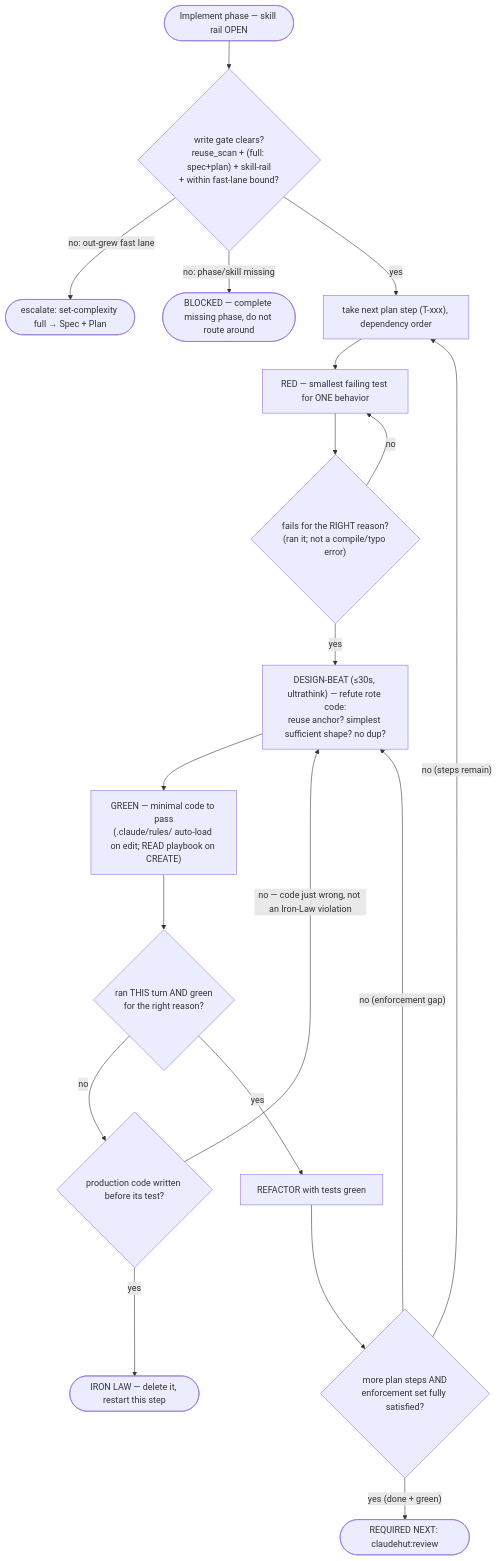
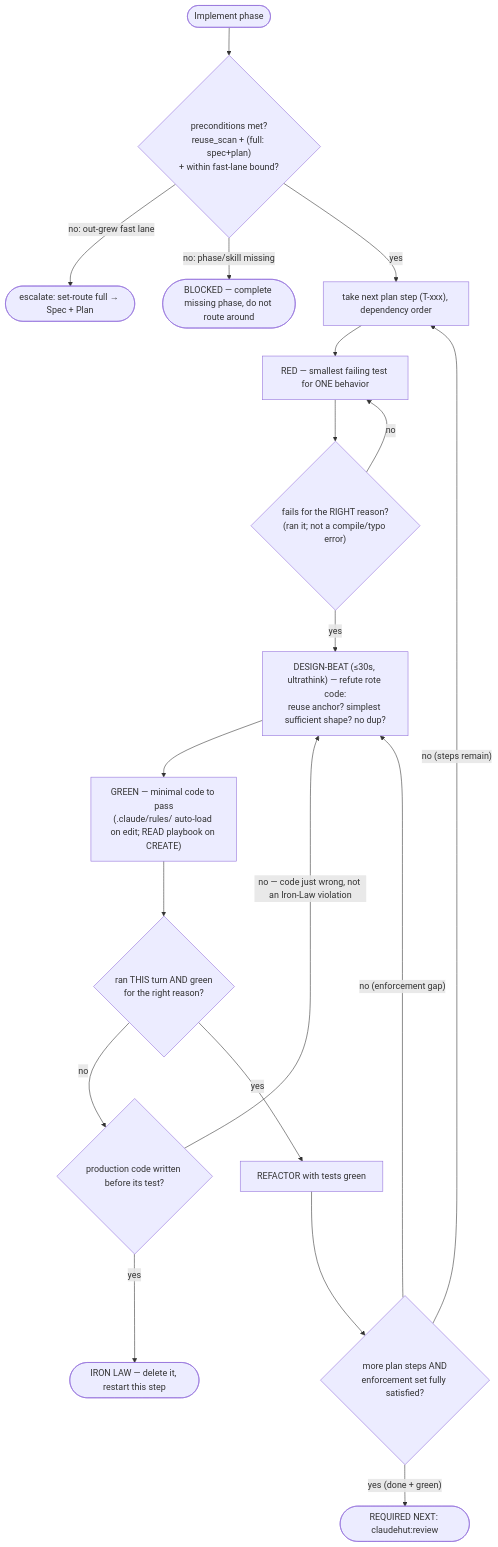
One commit to taipt1504/claudehut changed the diagram in skills/implement/SKILL.md. Above: the diagram before and after it, drawn with Mermaid. The commit also changed other lines of this file and 75 other files, not shown here.

````diff
--- a/skills/implement/SKILL.md
+++ b/skills/implement/SKILL.md
@@ -38,21 +35,21 @@
 ```mermaid
 flowchart TB
-    start(["Implement phase — skill rail OPEN"]) --> gate{"write gate clears?<br/>reuse_scan + (full: spec+plan) + skill-rail<br/>+ within fast-lane bound?"}
-    gate -- "no: out-grew fast lane" --> esc(["escalate: set-complexity full → Spec + Plan"])
+    start(["Implement phase"]) --> gate{"preconditions met?<br/>reuse_scan + (full: spec+plan)<br/>+ within fast-lane bound?"}
+    gate -- "no: out-grew fast lane" --> esc(["escalate: set-route full → Spec + Plan"])
     gate -- "no: phase/skill missing" --> esc2(["BLOCKED — complete missing phase, do not route around"])
     gate -- "yes" --> step["take next plan step (T-xxx), dependency order"]
     step --> red["RED — smallest failing test for ONE behavior"]
     red --> rr{"fails for the RIGHT reason?<br/>(ran it; not a compile/typo error)"}
     rr -- "no" --> red
     rr -- "yes" --> beat["DESIGN-BEAT (≤30s, ultrathink) — refute rote code:<br/>reuse anchor? simplest sufficient shape? no dup?"]
     beat --> green["GREEN — minimal code to pass<br/>(.claude/rules/ auto-load on edit; READ playbook on CREATE)"]
     green --> ev{"ran THIS turn AND green<br/>for the right reason?"}
     ev -- "no" --> iron{"production code written before its test?"}
     iron -- "yes" --> del(["IRON LAW — delete it, restart this step"])
     iron -- "no — code just wrong, not an Iron-Law violation" --> beat
     ev -- "yes" --> refactor["REFACTOR with tests green"]
     refactor --> more{"more plan steps AND<br/>enforcement set fully satisfied?"}
     more -- "no (steps remain)" --> step
     more -- "no (enforcement gap)" --> beat
     more -- "yes (done + green)" --> done(["REQUIRED NEXT: claudehut:review"])
 ```
````
